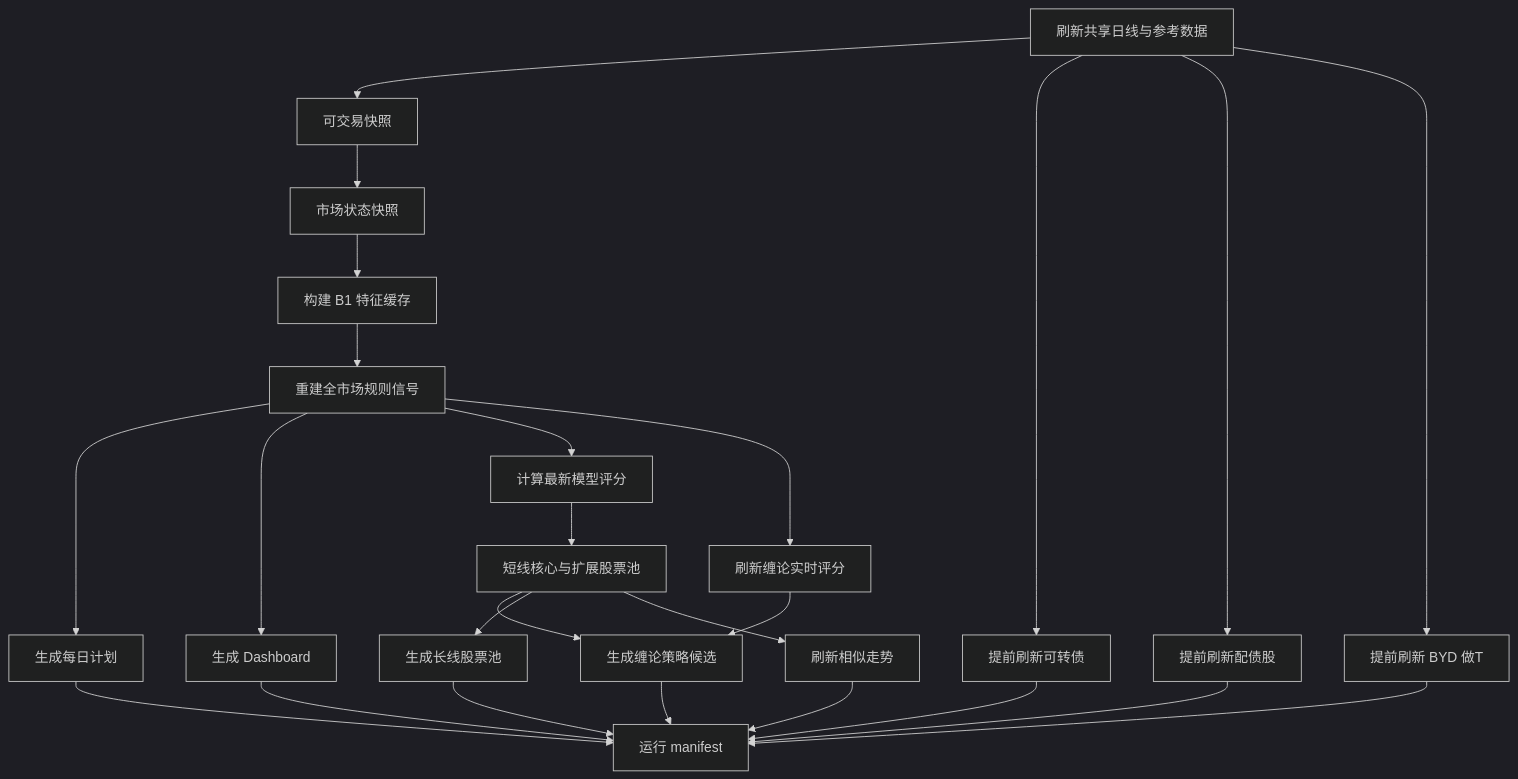
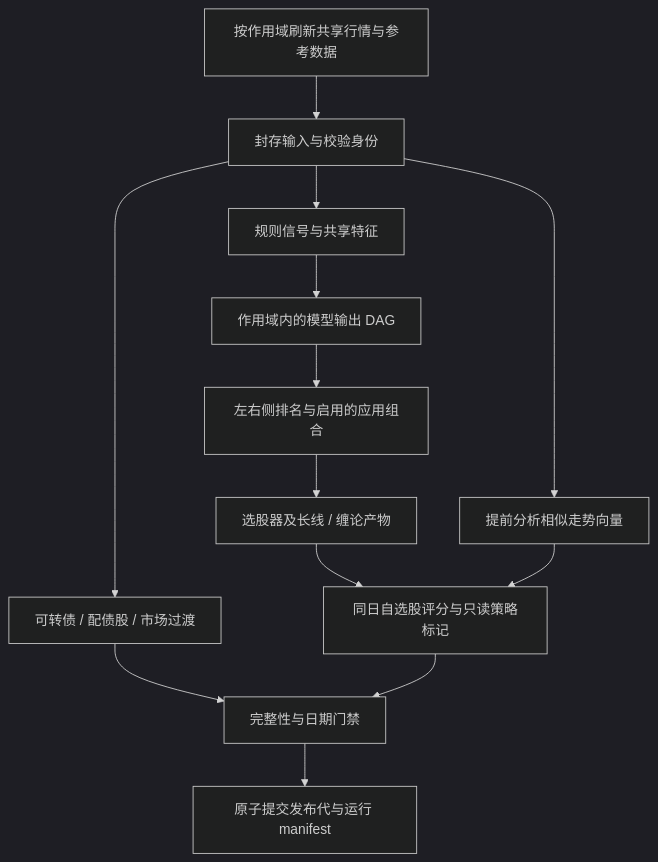
The third of 3 diagrams in docs/architecture.md (pDeathlok/quant), drawn with Mermaid (dark theme) before and after one commit. The commit also changed other lines of this file and 10 other files, not shown here.

First line of the commit message:
docs(project): consolidate workflows architecture and repository hygiene

````diff
--- a/docs/architecture.md
+++ b/docs/architecture.md
@@ -90,27 +90,15 @@
 ```mermaid
 flowchart TD
-    A[刷新共享日线与参考数据] --> T[可交易快照]
-    T --> R[市场状态快照]
-    R --> B1[构建 B1 特征缓存]
-    B1 --> B2[重建全市场规则信号]
-    A --> W3[提前刷新可转债]
-    A --> W4[提前刷新配债股]
-    A --> W5[提前刷新 BYD 做T]
-    B2 --> E1[生成每日计划]
-    B2 --> E2[生成 Dashboard]
-    B2 --> C[计算最新模型评分]
-    B2 --> CS[刷新缠论实时评分]
-    C --> D[短线核心与扩展股票池]
-    CS --> W1[生成缠论策略候选]
-    D --> W1
-    D --> W2[生成长线股票池]
-    D --> W6[刷新相似走势]
-    E1 --> M[运行 manifest]
-    E2 --> M
-    W1 --> M
-    W2 --> M
-    W3 --> M
-    W4 --> M
-    W5 --> M
-    W6 --> M
+    A[按作用域刷新共享行情与参考数据] --> S[封存输入与校验身份]
+    S --> F[规则信号与共享特征]
+    S --> V[提前分析相似走势向量]
+    S --> W[可转债 / 配债股 / 市场过渡]
+    F --> M[作用域内的模型输出 DAG]
+    M --> P[左右侧排名与启用的应用组合]
+    P --> C[选股器及长线 / 缠论产物]
+    C --> J[同日自选股评分与只读策略标记]
+    V --> J
+    W --> G[完整性与日期门禁]
+    J --> G
+    G --> R[原子提交发布代与运行 manifest]
 ```
````
